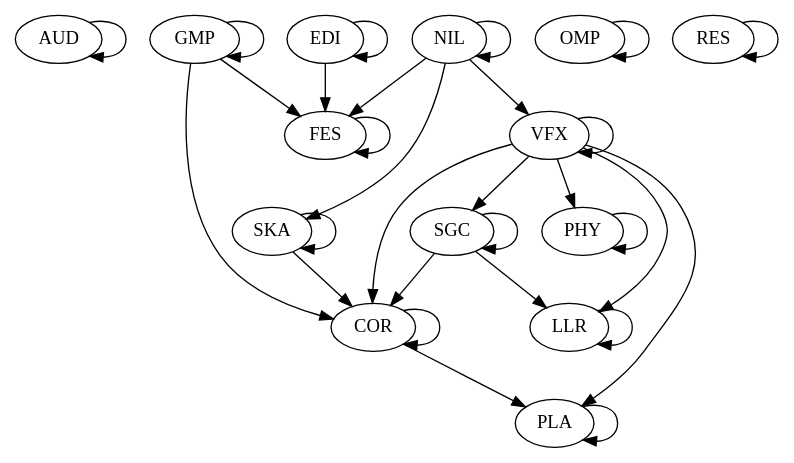
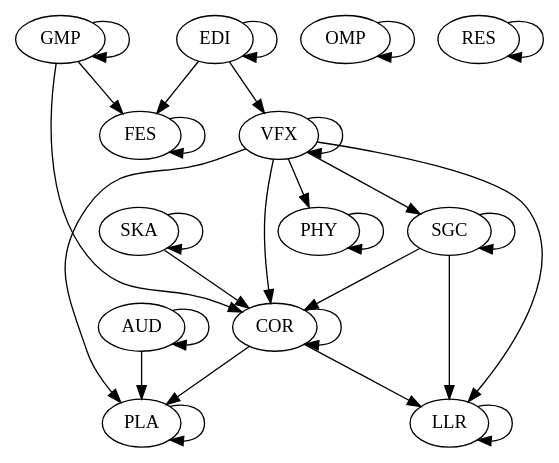
The diagram in 6_architectural_map_gen/outputs/cocos2dx.dot (gamedev-studies/game-engine-analyser), drawn with Graphviz before and after one commit. The commit also changed 10 other files, not shown here.

```diff
--- a/6_architectural_map_gen/outputs/cocos2dx.dot
+++ b/6_architectural_map_gen/outputs/cocos2dx.dot
@@ -1,31 +1,30 @@
 digraph "source tree" {
 	"AUD" -> "AUD"
+	"AUD" -> "PLA"
 	"COR" -> "COR"
+	"COR" -> "LLR"
 	"COR" -> "PLA"
 	"EDI" -> "EDI"
 	"EDI" -> "FES"
+	"EDI" -> "VFX"
 	"FES" -> "FES"
 	"GMP" -> "COR"
 	"GMP" -> "FES"
 	"GMP" -> "GMP"
 	"LLR" -> "LLR"
-	"NIL" -> "FES"
-	"NIL" -> "NIL"
-	"NIL" -> "SKA"
-	"NIL" -> "VFX"
 	"OMP" -> "OMP"
 	"PHY" -> "PHY"
 	"PLA" -> "PLA"
 	"RES" -> "RES"
 	"SGC" -> "COR"
 	"SGC" -> "LLR"
 	"SGC" -> "SGC"
 	"SKA" -> "COR"
 	"SKA" -> "SKA"
 	"VFX" -> "COR"
 	"VFX" -> "LLR"
 	"VFX" -> "PHY"
 	"VFX" -> "PLA"
 	"VFX" -> "SGC"
 	"VFX" -> "VFX"
 }
```
